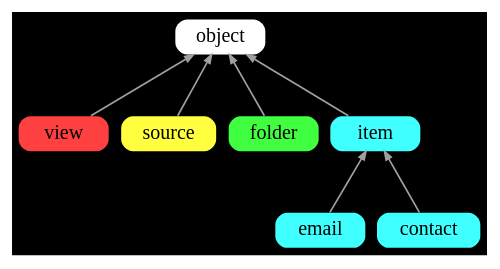
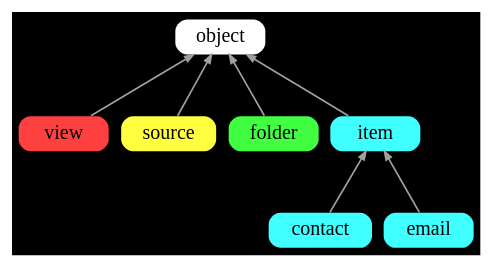
The diagram in inherit.gv (neomutt/test-arch), drawn with Graphviz before and after one commit. The commit also changed other lines of this file and 3 other files, not shown here.

```diff
--- a/inherit.gv
+++ b/inherit.gv
@@ -1,44 +1,44 @@
 digraph inherit {
 	graph [
 		rankdir="BT"
 		bgcolor="black"
 		color="white"
 		nodesep="0.1"
 		ranksep="0.5"
 	];
 
 	node [
 		shape="Mrecord"
 		fontsize="12"
 		style="filled"
 		height="0.2"
 		penwidth="0.0"
 	];
 
 	edge [
 		penwidth="1.0"
 		color="#A0A0A0"
 		arrowsize="0.5"
 	];
 
 
 	object  [ fillcolor="#ffffff" ];
 	view    [ fillcolor="#ff4040" ];
 	source  [ fillcolor="#ffff40" ];
 	folder  [ fillcolor="#40ff40" ];
 	item    [ fillcolor="#40ffff" ];
+	contact [ fillcolor="#40ffff" ];
 	email   [ fillcolor="#40ffff" ];
-	contact [ fillcolor="#40ffff" ];
 
 	// config;
 	// panel;
 	// plugin;
 
 	view    -> object;
 	source  -> object;
 	folder  -> object;
 	item    -> object;
+	contact -> item;
 	email   -> item;
-	contact -> item;
 
 }
```
